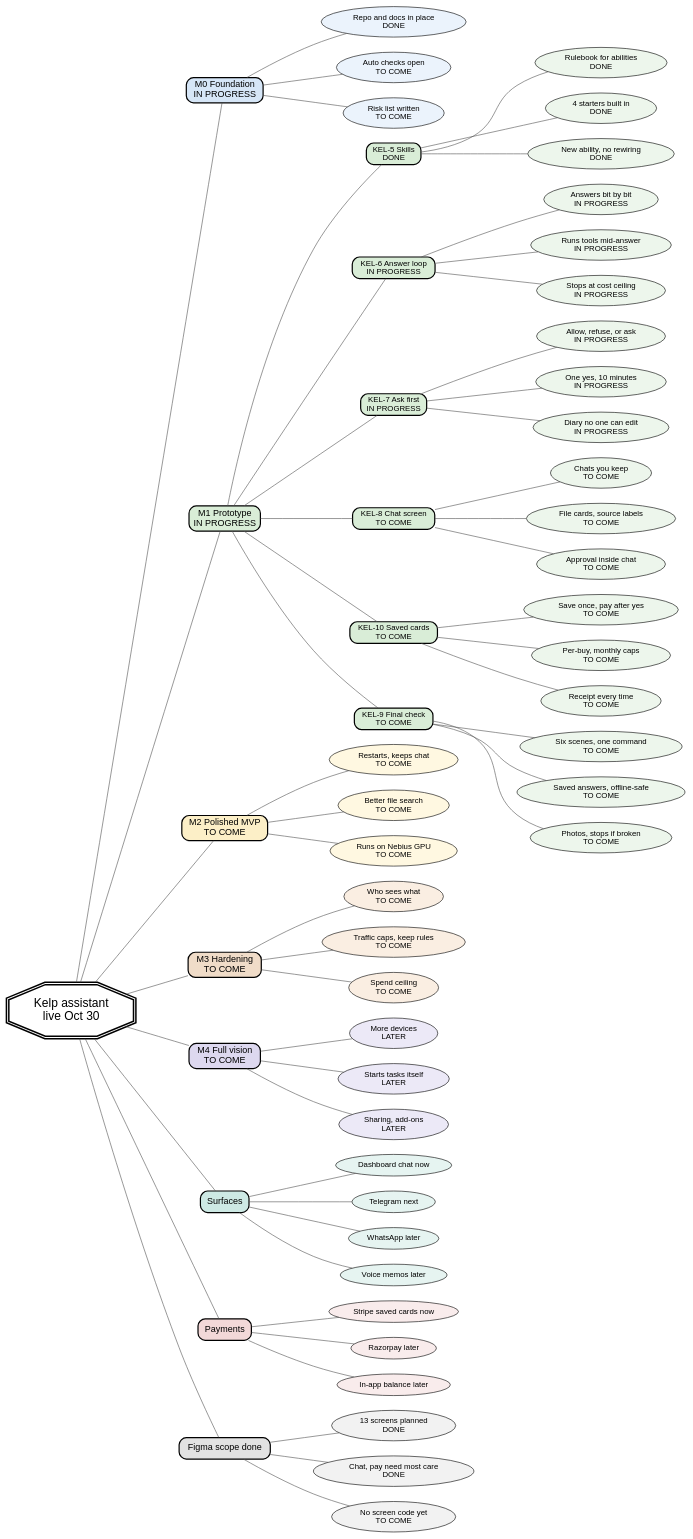
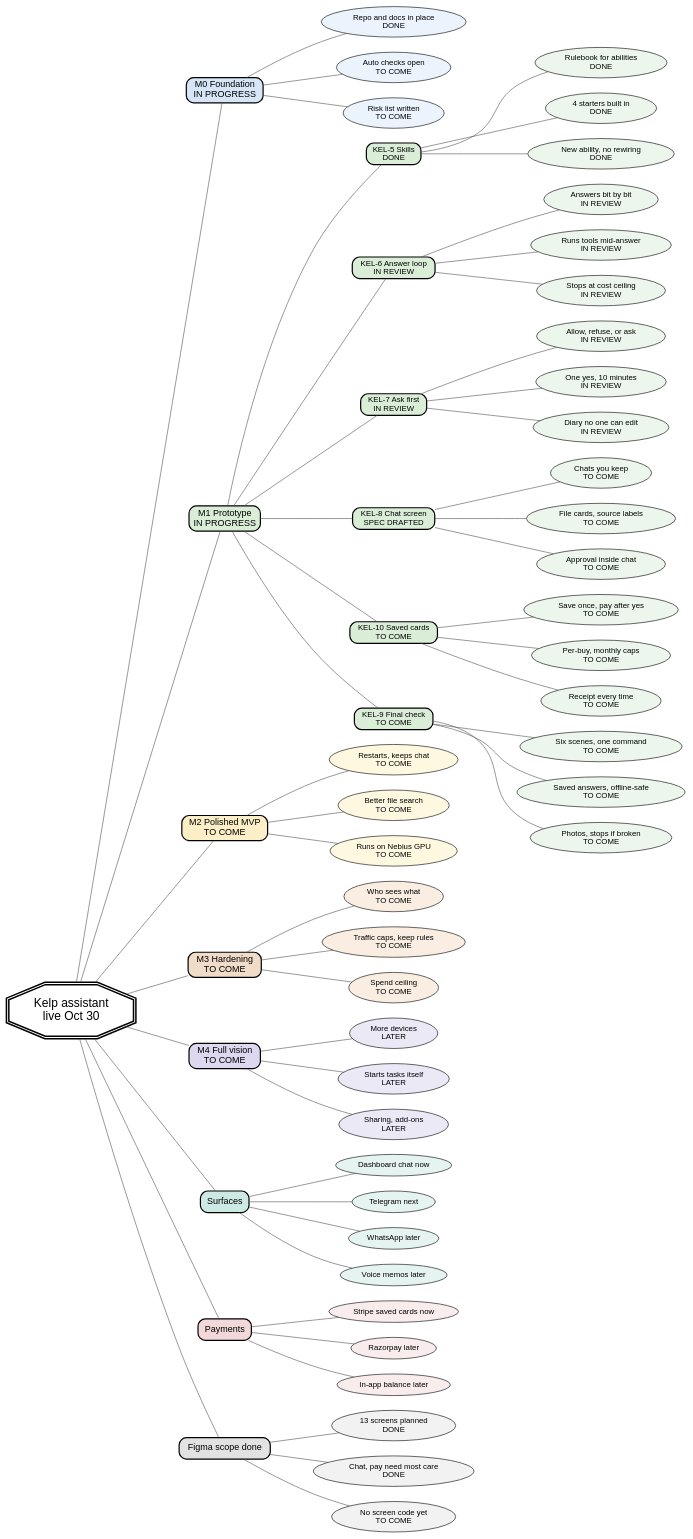
Before and after one commit to Anshieee/kelp: the diagram in docs/sdlc-mindmap.gv, drawn with Graphviz. The commit also changed 5 other files, not shown here.

First line of the commit message:
docs: refresh SDLC tracker (KEL-5 done, KEL-6/7 in review, KEL-8 spec)

```diff
--- a/docs/sdlc-mindmap.gv
+++ b/docs/sdlc-mindmap.gv
@@ -1,160 +1,161 @@
 // Kelp assistant SDLC mindmap (KEL-numbered).
 // One central node, one idea per branch, plain words.
 // Render: dot -Tsvg docs/sdlc-mindmap.gv -o docs/sdlc-mindmap.svg
 //         dot -Tpng docs/sdlc-mindmap.gv -o docs/sdlc-mindmap.png
 // Colours: white background, small muted fills per branch, black text.
 // Meaning is carried by words, never by colour alone. No emojis.
+// Status words: DONE, IN REVIEW, IN PROGRESS, TO COME, LATER, SPEC DRAFTED.
 // Interactivity: every node has URL (page anchor) + tooltip (one plain line),
 // so dot emits <a href> links and <title> tooltips in the SVG.
 digraph sdlc {
   bgcolor="white";
   rankdir="LR";
   splines="true";
   overlap="false";
   nodesep="0.35";
   ranksep="1.0";
   node [fontname="Helvetica" fontsize="13" color="black" fontcolor="black" fillcolor="white" style="filled,rounded"];
   edge [color="#555555" arrowhead="none"];
 
   // Central node
   center [label="Kelp assistant\nlive Oct 30" shape="doubleoctagon" style="filled,bold" fontsize="20" penwidth="2.5" width="2.3" height="1.2" fillcolor="white" URL="#top" tooltip="Private assistant you talk to from a dashboard. Target live Oct 30."];
 
   // Main branches
   m0   [label="M0 Foundation\nIN PROGRESS" shape="box" style="filled,bold,rounded" fontsize="15" penwidth="2" fillcolor="#D6E6F7" URL="#m0" tooltip="Stage 0: shared code, docs, checks, risk list. In progress."];
   m1   [label="M1 Prototype\nIN PROGRESS" shape="box" style="filled,bold,rounded" fontsize="15" penwidth="2" fillcolor="#D9EDD7" URL="#m1" tooltip="Stage 1: ask, answer, approve, pay, demo. In progress."];
   m2   [label="M2 Polished MVP\nTO COME" shape="box" style="filled,bold,rounded" fontsize="15" penwidth="2" fillcolor="#FCEFC7" URL="#m2" tooltip="Stage 2: survives ordinary use. Agreed, not started."];
   m3   [label="M3 Hardening\nTO COME" shape="box" style="filled,bold,rounded" fontsize="15" penwidth="2" fillcolor="#F0DCC8" URL="#m3" tooltip="Stage 3: privacy and cost promises hold. Agreed, not started."];
   m4   [label="M4 Full vision\nTO COME" shape="box" style="filled,bold,rounded" fontsize="15" penwidth="2" fillcolor="#DDD8EF" URL="#m4" tooltip="Stage 4: more devices and sharing. Direction, not a deadline."];
   surf [label="Surfaces" shape="box" style="filled,bold,rounded" fontsize="15" penwidth="2" fillcolor="#CDE9E4" URL="#surfaces" tooltip="Where you talk to the assistant: screen now, phone apps later."];
   pay  [label="Payments" shape="box" style="filled,bold,rounded" fontsize="15" penwidth="2" fillcolor="#F2D8D8" URL="#payments" tooltip="How money moves: Stripe now, the rest later."];
   fig  [label="Figma scope done" shape="box" style="filled,bold,rounded" fontsize="15" penwidth="2" fillcolor="#E2E2E2" URL="#figma" tooltip="Screen plan is written. Drawing file is next, no code yet."];
 
   center -> m0;
   center -> m1;
   center -> m2;
   center -> m3;
   center -> m4;
   center -> surf;
   center -> pay;
   center -> fig;
 
   // M0 Foundation leaves (soft blue family)
   m0_repo   [label="Repo and docs in place\nDONE" fillcolor="#EBF3FC" URL="#m0" tooltip="Shared code copy plus docs live. Finished."];
   m0_checks [label="Auto checks open\nTO COME" fillcolor="#EBF3FC" URL="#m0" tooltip="Tests that run on every change. Not started."];
   m0_risks  [label="Risk list written\nTO COME" fillcolor="#EBF3FC" URL="#m0" tooltip="Written list of what could go wrong. Not started."];
   m0 -> m0_repo;
   m0 -> m0_checks;
   m0 -> m0_risks;
 
   // M1 holds the six KEL work items (soft green family)
   k5  [label="KEL-5 Skills\nDONE" shape="box" style="filled,bold,rounded" fillcolor="#D9EDD7" URL="#kel-5" tooltip="Rulebook every new ability follows. Finished."];
-  k6  [label="KEL-6 Answer loop\nIN PROGRESS" shape="box" style="filled,bold,rounded" fillcolor="#D9EDD7" URL="#kel-6" tooltip="Engine: reads, thinks, answers bit by bit. Being built now."];
-  k7  [label="KEL-7 Ask first\nIN PROGRESS" shape="box" style="filled,bold,rounded" fillcolor="#D9EDD7" URL="#kel-7" tooltip="Checkpoint that asks you before acting. Being built now."];
-  k8  [label="KEL-8 Chat screen\nTO COME" shape="box" style="filled,bold,rounded" fillcolor="#D9EDD7" URL="#kel-8" tooltip="Main screen you talk through. Agreed, not started."];
+  k6  [label="KEL-6 Answer loop\nIN REVIEW" shape="box" style="filled,bold,rounded" fillcolor="#D9EDD7" URL="#kel-6" tooltip="Engine: reads, thinks, answers bit by bit. Merged to main; review pending."];
+  k7  [label="KEL-7 Ask first\nIN REVIEW" shape="box" style="filled,bold,rounded" fillcolor="#D9EDD7" URL="#kel-7" tooltip="Checkpoint that asks you before acting. Merged to main; review pending."];
+  k8  [label="KEL-8 Chat screen\nSPEC DRAFTED" shape="box" style="filled,bold,rounded" fillcolor="#D9EDD7" URL="#kel-8" tooltip="Main screen you talk through. Spec drafted; no screen built yet."];
   k10 [label="KEL-10 Saved cards\nTO COME" shape="box" style="filled,bold,rounded" fillcolor="#D9EDD7" URL="#kel-10" tooltip="Pay with saved cards after you say yes. Agreed, not started."];
   k9  [label="KEL-9 Final check\nTO COME" shape="box" style="filled,bold,rounded" fillcolor="#D9EDD7" URL="#kel-9" tooltip="Six-scene demo that proves it works. Runs last."];
   m1 -> k5;
   m1 -> k6;
   m1 -> k7;
   m1 -> k8;
   m1 -> k10;
   m1 -> k9;
 
   // KEL-5 leaves: what it is + why it matters
   k5_rule [label="Rulebook for abilities\nDONE" fillcolor="#EDF6EC" URL="#kel-5" tooltip="What each tool takes in, gives back, may touch. Finished."];
   k5_four [label="4 starters built in\nDONE" fillcolor="#EDF6EC" URL="#kel-5" tooltip="Web search, GitHub read, file answers, scheduler. Finished."];
   k5_add  [label="New ability, no rewiring\nDONE" fillcolor="#EDF6EC" URL="#kel-5" tooltip="Adding a tool is a small contained job. Finished."];
   k5 -> k5_rule;
   k5 -> k5_four;
   k5 -> k5_add;
 
   // KEL-6 leaves
-  k6_stream [label="Answers bit by bit\nIN PROGRESS" fillcolor="#EDF6EC" URL="#kel-6" tooltip="Words appear as they arrive. Being built now."];
-  k6_tools  [label="Runs tools mid-answer\nIN PROGRESS" fillcolor="#EDF6EC" URL="#kel-6" tooltip="Asks a small program to do one thing, feeds back result. Being built now."];
-  k6_cap    [label="Stops at cost ceiling\nIN PROGRESS" fillcolor="#EDF6EC" URL="#kel-6" tooltip="Hard limit on steps and length, tallies price. Being built now."];
+  k6_stream [label="Answers bit by bit\nIN REVIEW" fillcolor="#EDF6EC" URL="#kel-6" tooltip="Words appear as they arrive. Merged to main; review pending."];
+  k6_tools  [label="Runs tools mid-answer\nIN REVIEW" fillcolor="#EDF6EC" URL="#kel-6" tooltip="Asks a small program to do one thing, feeds back result. Merged to main; review pending."];
+  k6_cap    [label="Stops at cost ceiling\nIN REVIEW" fillcolor="#EDF6EC" URL="#kel-6" tooltip="Hard limit on steps and length, tallies price. Merged to main; review pending."];
   k6 -> k6_stream;
   k6 -> k6_tools;
   k6 -> k6_cap;
 
   // KEL-7 leaves
-  k7_ask   [label="Allow, refuse, or ask\nIN PROGRESS" fillcolor="#EDF6EC" URL="#kel-7" tooltip="Nothing changes something without a yes. Being built now."];
-  k7_once  [label="One yes, 10 minutes\nIN PROGRESS" fillcolor="#EDF6EC" URL="#kel-7" tooltip="Approval names exact action, works once, then expires. Being built now."];
-  k7_diary [label="Diary no one can edit\nIN PROGRESS" fillcolor="#EDF6EC" URL="#kel-7" tooltip="Every decision logged, keys removed. Being built now."];
+  k7_ask   [label="Allow, refuse, or ask\nIN REVIEW" fillcolor="#EDF6EC" URL="#kel-7" tooltip="Nothing changes something without a yes. Merged to main; review pending."];
+  k7_once  [label="One yes, 10 minutes\nIN REVIEW" fillcolor="#EDF6EC" URL="#kel-7" tooltip="Approval names exact action, works once, then expires. Merged to main; review pending."];
+  k7_diary [label="Diary no one can edit\nIN REVIEW" fillcolor="#EDF6EC" URL="#kel-7" tooltip="Every decision logged, keys removed. Merged to main; review pending."];
   k7 -> k7_ask;
   k7 -> k7_once;
   k7 -> k7_diary;
 
   // KEL-8 leaves
-  k8_chat [label="Chats you keep\nTO COME" fillcolor="#EDF6EC" URL="#kel-8" tooltip="Conversations you name and pick up later. Not started."];
-  k8_cards [label="File cards, source labels\nTO COME" fillcolor="#EDF6EC" URL="#kel-8" tooltip="PDF and table previews plus where answers came from. Not started."];
-  k8_appr [label="Approval inside chat\nTO COME" fillcolor="#EDF6EC" URL="#kel-8" tooltip="Yes or no buttons shown in the conversation. Not started."];
+  k8_chat [label="Chats you keep\nTO COME" fillcolor="#EDF6EC" URL="#kel-8" tooltip="Conversations you name and pick up later. Spec drafted, not built."];
+  k8_cards [label="File cards, source labels\nTO COME" fillcolor="#EDF6EC" URL="#kel-8" tooltip="PDF and table previews plus where answers came from. Spec drafted, not built."];
+  k8_appr [label="Approval inside chat\nTO COME" fillcolor="#EDF6EC" URL="#kel-8" tooltip="Yes or no buttons shown in the conversation. Spec drafted, not built."];
   k8 -> k8_chat;
   k8 -> k8_cards;
   k8 -> k8_appr;
 
   // KEL-10 leaves
   k10_cards [label="Save once, pay after yes\nTO COME" fillcolor="#EDF6EC" URL="#kel-10" tooltip="Cards kept by Stripe, charged only with approval. Not started."];
   k10_caps  [label="Per-buy, monthly caps\nTO COME" fillcolor="#EDF6EC" URL="#kel-10" tooltip="Spending rules that block over-limit pays. Not started."];
   k10_receipt [label="Receipt every time\nTO COME" fillcolor="#EDF6EC" URL="#kel-10" tooltip="What was done, when, and how much. Not started."];
   k10 -> k10_cards;
   k10 -> k10_caps;
   k10 -> k10_receipt;
 
   // KEL-9 leaves
   k9_six  [label="Six scenes, one command\nTO COME" fillcolor="#EDF6EC" URL="#kel-9" tooltip="Ask, files, GitHub, approve, schedule, restart. Not started."];
   k9_saved [label="Saved answers, offline-safe\nTO COME" fillcolor="#EDF6EC" URL="#kel-9" tooltip="Make-believe model answers so the run repeats. Not started."];
   k9_shots [label="Photos, stops if broken\nTO COME" fillcolor="#EDF6EC" URL="#kel-9" tooltip="Screenshot per scene, error if one fails. Not started."];
   k9 -> k9_six;
   k9 -> k9_saved;
   k9 -> k9_shots;
 
   // M2 leaves (soft amber family)
   m2_restart [label="Restarts, keeps chat\nTO COME" fillcolor="#FFF8E1" URL="#m2" tooltip="Picks up after a restart with nothing lost. Not started."];
   m2_search  [label="Better file search\nTO COME" fillcolor="#FFF8E1" URL="#m2" tooltip="Finds the right bit of your documents. Not started."];
   m2_gpu     [label="Runs on Nebius GPU\nTO COME" fillcolor="#FFF8E1" URL="#m2" tooltip="Model served from our fast chip. Not started."];
   m2 -> m2_restart;
   m2 -> m2_search;
   m2 -> m2_gpu;
 
   // M3 leaves (soft peach family)
   m3_who  [label="Who sees what\nTO COME" fillcolor="#FAEEE2" URL="#m3" tooltip="Privacy rules plus keys kept apart. Not started."];
   m3_rate [label="Traffic caps, keep rules\nTO COME" fillcolor="#FAEEE2" URL="#m3" tooltip="Limits on use and how long data stays. Not started."];
   m3_cost [label="Spend ceiling\nTO COME" fillcolor="#FAEEE2" URL="#m3" tooltip="Ceiling on model cost per turn and month. Not started."];
   m3 -> m3_who;
   m3 -> m3_rate;
   m3 -> m3_cost;
 
   // M4 leaves (soft lavender family)
   m4_dev  [label="More devices\nLATER" fillcolor="#ECE9F7" URL="#m4" tooltip="Same assistant in more places. Later."];
   m4_self [label="Starts tasks itself\nLATER" fillcolor="#ECE9F7" URL="#m4" tooltip="Work the assistant begins on its own. Later."];
   m4_team [label="Sharing, add-ons\nLATER" fillcolor="#ECE9F7" URL="#m4" tooltip="Team use plus abilities added by others. Later."];
   m4 -> m4_dev;
   m4 -> m4_self;
   m4 -> m4_team;
 
   // Surfaces leaves (soft teal family)
   s_dash [label="Dashboard chat now" fillcolor="#E6F4F1" URL="#surfaces" tooltip="Main screen in the browser. Built first."];
   s_tg   [label="Telegram next" fillcolor="#E6F4F1" URL="#surfaces" tooltip="Mirror of the same assistant, same rules. Next."];
   s_wa   [label="WhatsApp later" fillcolor="#E6F4F1" URL="#surfaces" tooltip="Not in this round. Later."];
   s_voice [label="Voice memos later" fillcolor="#E6F4F1" URL="#surfaces" tooltip="No recording or listening work yet. Later."];
   surf -> s_dash;
   surf -> s_tg;
   surf -> s_wa;
   surf -> s_voice;
 
   // Payments leaves (soft rose family)
   p_stripe [label="Stripe saved cards now" fillcolor="#F9ECEC" URL="#payments" tooltip="Save once, pay after approval, receipt each time. Now."];
   p_razor  [label="Razorpay later" fillcolor="#F9ECEC" URL="#payments" tooltip="No integration in this round. Later."];
   p_bal    [label="In-app balance later" fillcolor="#F9ECEC" URL="#payments" tooltip="Topping up and ledger wait. Later."];
   pay -> p_stripe;
   pay -> p_razor;
   pay -> p_bal;
 
   // Figma leaves (soft grey family)
   f_plan [label="13 screens planned\nDONE" fillcolor="#F2F2F2" URL="#figma" tooltip="Thirteen screens, three flows, four states each. Finished."];
   f_flows [label="Chat, pay need most care\nDONE" fillcolor="#F2F2F2" URL="#figma" tooltip="Money screens get big numbers and plain words. Finished."];
   f_code [label="No screen code yet\nTO COME" fillcolor="#F2F2F2" URL="#figma" tooltip="Drawing file next, then code. Not started."];
   fig -> f_plan;
   fig -> f_flows;
   fig -> f_code;
 }
```
